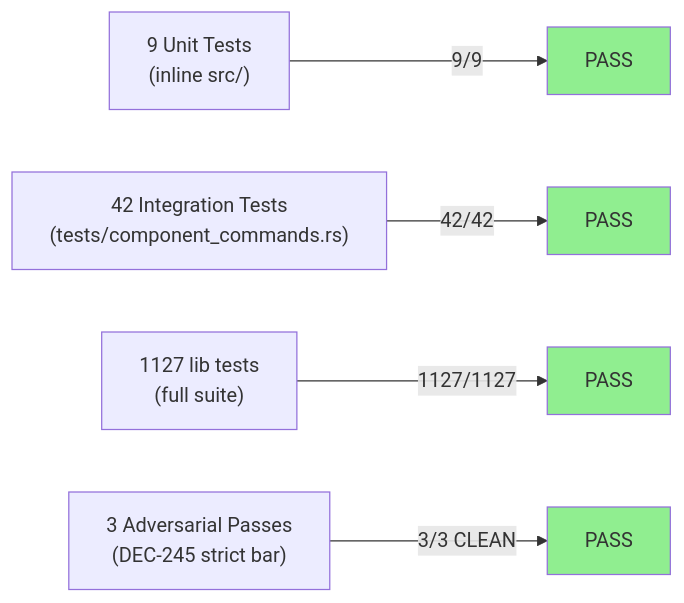
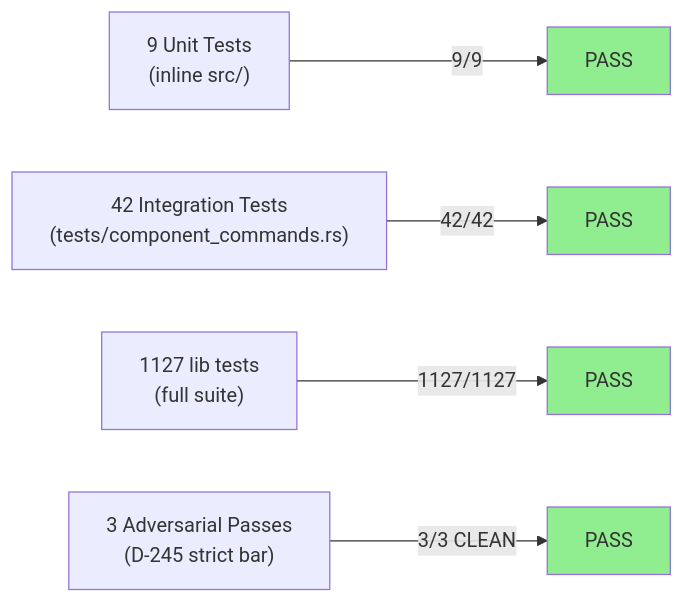
One commit to ArcavenAE/jira-cli changed the fourth of 5 diagrams in code-delivery/S-604-1/pr-description.md. Above: the diagram before and after it, drawn with Mermaid. The commit also changed other lines of this file and 531 other files, not shown here.

````diff
--- a/code-delivery/S-604-1/pr-description.md
+++ b/code-delivery/S-604-1/pr-description.md
@@ -153,17 +153,17 @@
 ```mermaid
 graph LR
     Unit["9 Unit Tests<br/>(inline src/)"]
     Integration["42 Integration Tests<br/>(tests/component_commands.rs)"]
     LibSuite["1127 lib tests<br/>(full suite)"]
-    Adversarial["3 Adversarial Passes<br/>(DEC-245 strict bar)"]
+    Adversarial["3 Adversarial Passes<br/>(D-245 strict bar)"]
 
     Unit -->|9/9| Pass1["PASS"]
     Integration -->|42/42| Pass2["PASS"]
     LibSuite -->|1127/1127| Pass3["PASS"]
     Adversarial -->|3/3 CLEAN| Pass4["PASS"]
 
     style Pass1 fill:#90EE90
     style Pass2 fill:#90EE90
     style Pass3 fill:#90EE90
     style Pass4 fill:#90EE90
 ```
````
